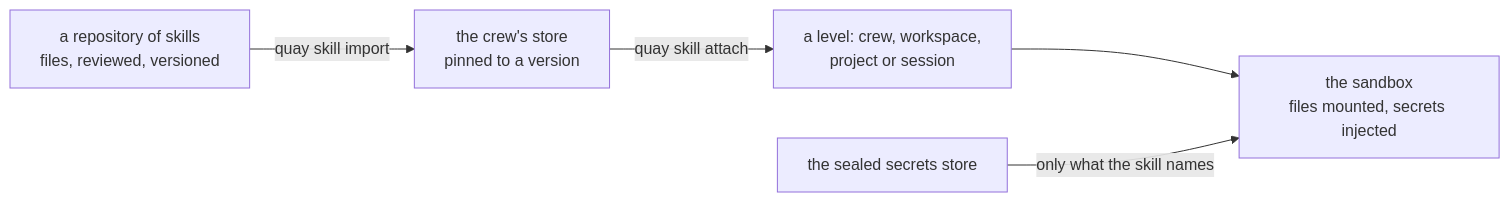
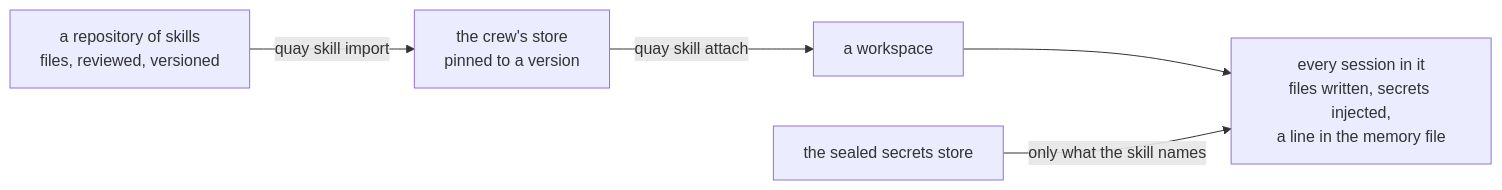
The diagram in docs/SKILLS.md (atlantic-blue/quay-crew), drawn with Mermaid before and after one commit. The commit also changed other lines of this file and 22 other files, not shown here.

Commit message:
feat: a workspace can be given a skill, and its sessions hold it

````diff
--- a/docs/SKILLS.md
+++ b/docs/SKILLS.md
@@ -39,7 +39,7 @@
 ```mermaid
 flowchart LR
     A["a repository of skills<br/>files, reviewed, versioned"] -->|"quay skill import"| B["the crew's store<br/>pinned to a version"]
-    B -->|"quay skill attach"| C["a level: crew, workspace,<br/>project or session"]
-    C --> D["the sandbox<br/>files mounted, secrets injected"]
+    B -->|"quay skill attach"| C["a workspace"]
+    C --> D["every session in it<br/>files written, secrets injected,<br/>a line in the memory file"]
     E["the sealed secrets store"] -->|"only what the skill names"| D
 ```
````
